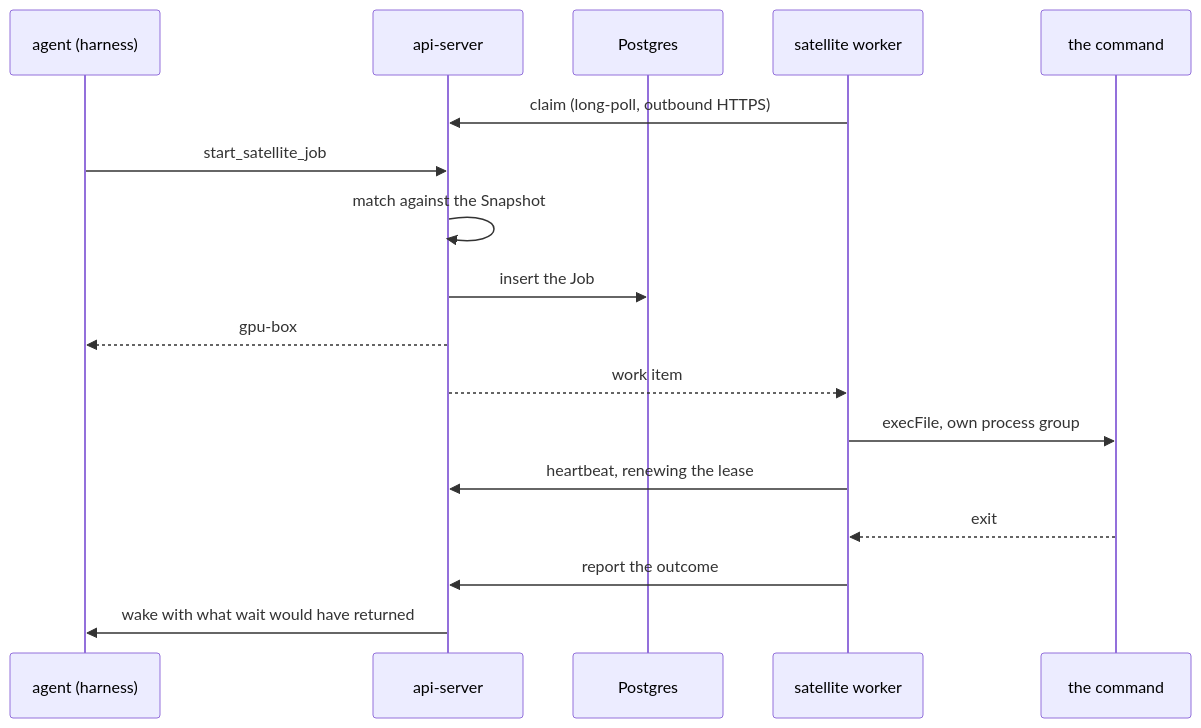
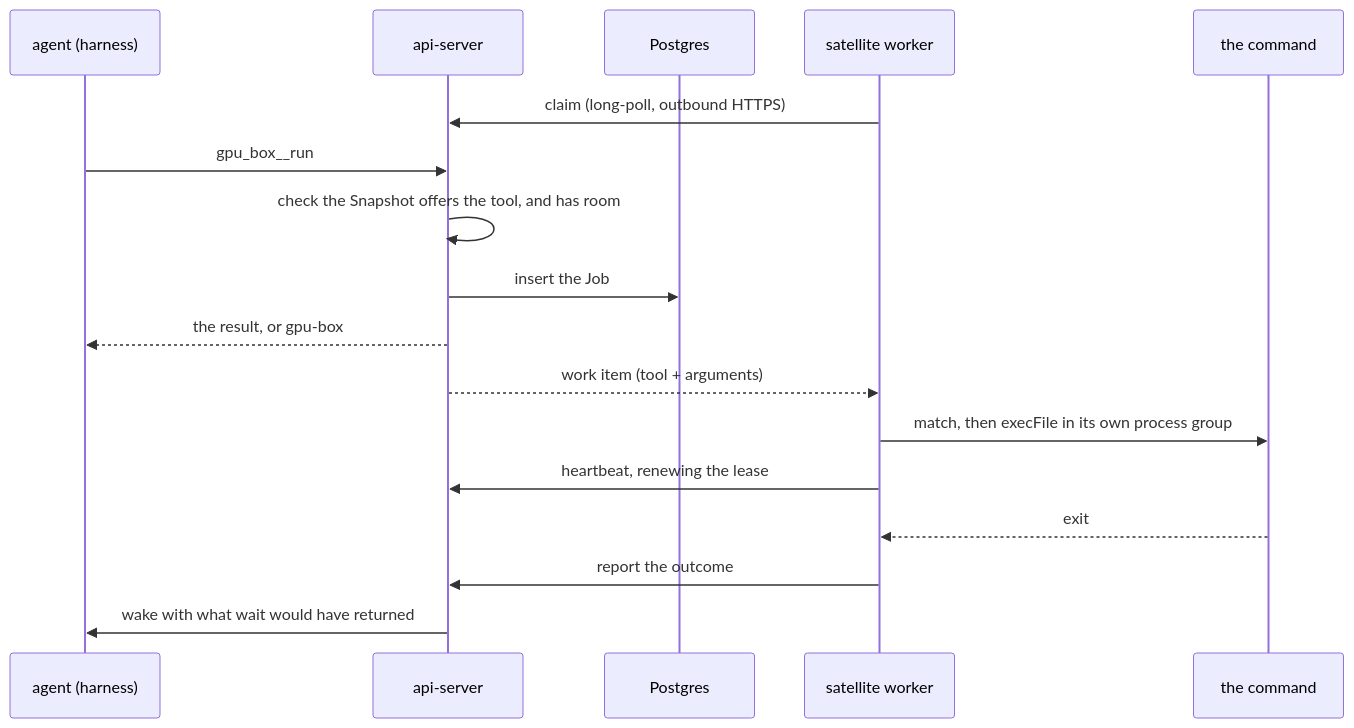
Before and after one commit to dam-agents/dam: the diagram in docs/architecture/satellites.md, drawn with Mermaid. The commit also changed other lines of this file and 45 other files, not shown here.

First line of the commit message:
refactor(satellites): a satellite is an MCP server, and connect is how you run one

````diff
--- a/docs/architecture/satellites.md
+++ b/docs/architecture/satellites.md
@@ -11,20 +18,20 @@
 ```mermaid
 sequenceDiagram
   participant RT as agent (harness)
   participant AS as api-server
   participant PG as Postgres
   participant SAT as satellite worker
   participant P as the command
 
   SAT->>AS: claim (long-poll, outbound HTTPS)
-  RT->>AS: start_satellite_job
-  AS->>AS: match against the Snapshot
+  RT->>AS: gpu_box__run
+  AS->>AS: check the Snapshot offers the tool, and has room
   AS->>PG: insert the Job
-  AS-->>RT: gpu-box#7
-  AS-->>SAT: work item
-  SAT->>P: execFile, own process group
+  AS-->>RT: the result, or gpu-box#7
+  AS-->>SAT: work item (tool + arguments)
+  SAT->>P: match, then execFile in its own process group
   SAT->>AS: heartbeat, renewing the lease
   P-->>SAT: exit
   SAT->>AS: report the outcome
   AS->>RT: wake with what wait would have returned
 ```
````
